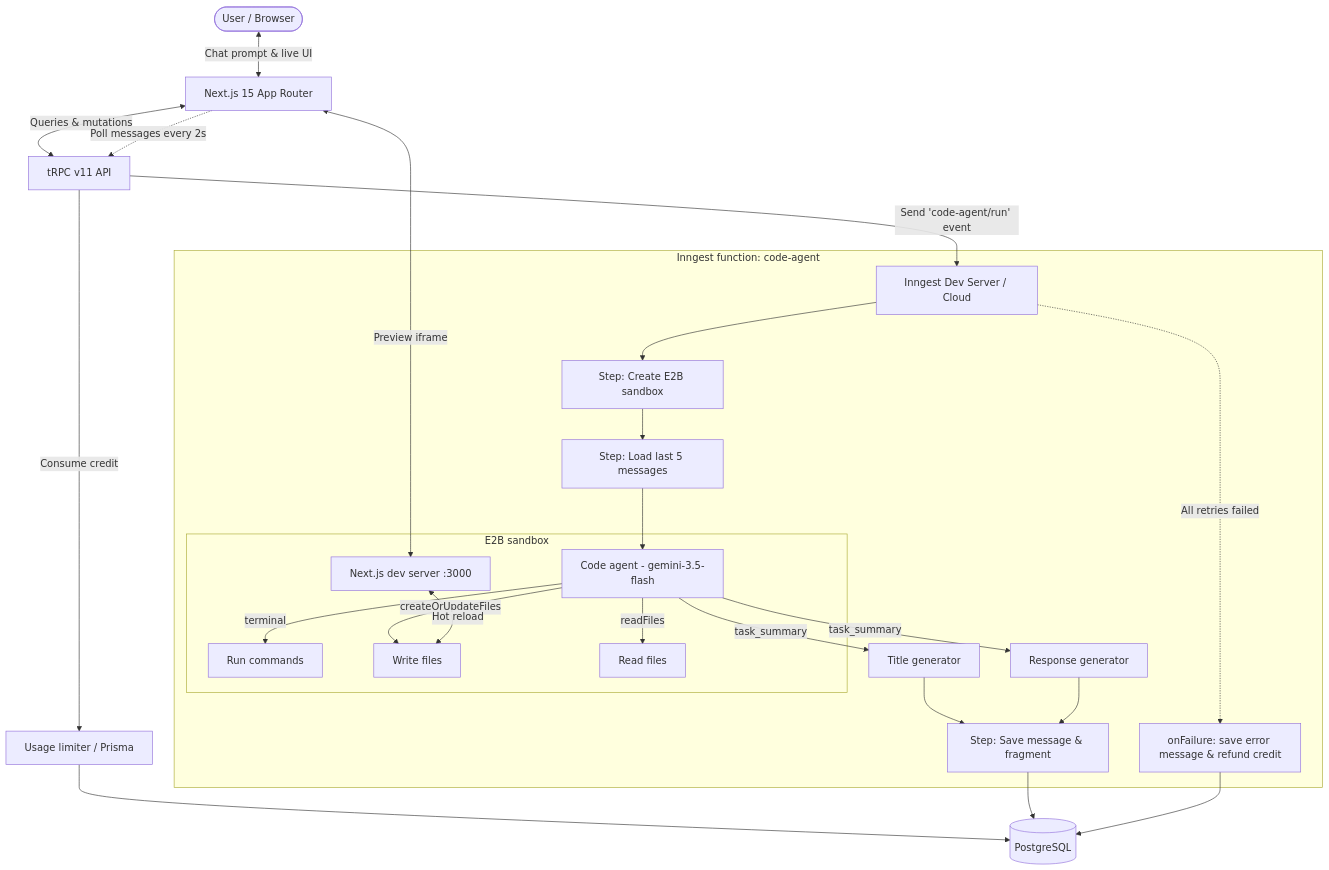
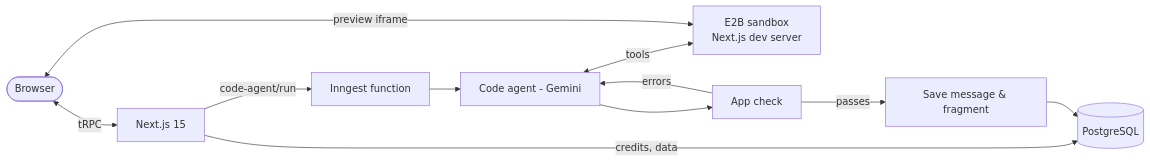
One commit to mainak569/craafter changed the diagram in README.md. Above: the diagram before and after it, drawn with Mermaid. The commit also changed other lines of this file, not shown here.

````diff
--- a/README.md
+++ b/README.md
@@ -80,31 +36,13 @@
 ```mermaid
-flowchart TD
-    User([User / Browser]) <-->|Chat prompt & live UI| NextApp[Next.js 15 App Router]
-    NextApp <-->|Queries & mutations| TRPCRouter[tRPC v11 API]
-    TRPCRouter -->|Consume credit| UsageTracker[Usage limiter / Prisma]
-    UsageTracker --> DB[(PostgreSQL)]
-    TRPCRouter -->|Send 'code-agent/run' event| InngestEngine[Inngest Dev Server / Cloud]
-
-    subgraph Background Workflow [Inngest function: code-agent]
-        InngestEngine --> Step1[Step: Create E2B sandbox]
-        Step1 --> Step2[Step: Load last 5 messages]
-        Step2 --> CodeAgent[Code agent - gemini-3.5-flash]
-
-        subgraph Sandbox Execution [E2B sandbox]
-            CodeAgent -->|terminal| BashExec[Run commands]
-            CodeAgent -->|createOrUpdateFiles| FSWrite[Write files]
-            CodeAgent -->|readFiles| FSRead[Read files]
-            DevServer[Next.js dev server :3000] <-->|Hot reload| FSWrite
-        end
-
-        CodeAgent -->|task_summary| TitleAgent[Title generator]
-        CodeAgent -->|task_summary| RespAgent[Response generator]
-        TitleAgent & RespAgent --> StepSave[Step: Save message & fragment]
-        InngestEngine -.->|All retries failed| OnFailure[onFailure: save error message & refund credit]
-    end
-
-    StepSave --> DB
-    OnFailure --> DB
-    NextApp -.->|Poll messages every 2s| TRPCRouter
-    NextApp <-->|Preview iframe| DevServer
+flowchart LR
+    User([Browser]) <-->|tRPC| App[Next.js 15]
+    App -->|credits, data| DB[(PostgreSQL)]
+    App -->|code-agent/run| Inngest[Inngest function]
+    Inngest --> Agent[Code agent - Gemini]
+    Agent <-->|tools| Sandbox[E2B sandbox<br/>Next.js dev server]
+    Agent --> Check[App check]
+    Check -->|errors| Agent
+    Check -->|passes| Save[Save message & fragment]
+    Save --> DB
+    User <-->|preview iframe| Sandbox
 ```
````
